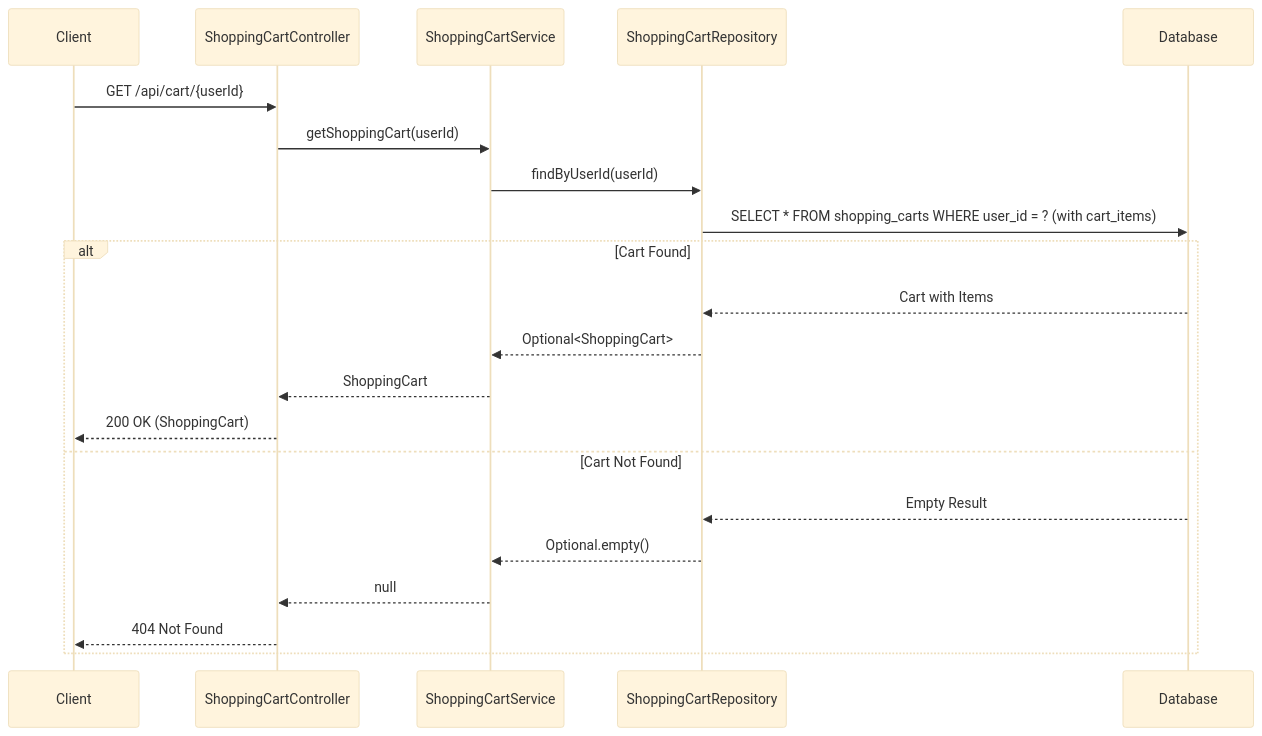
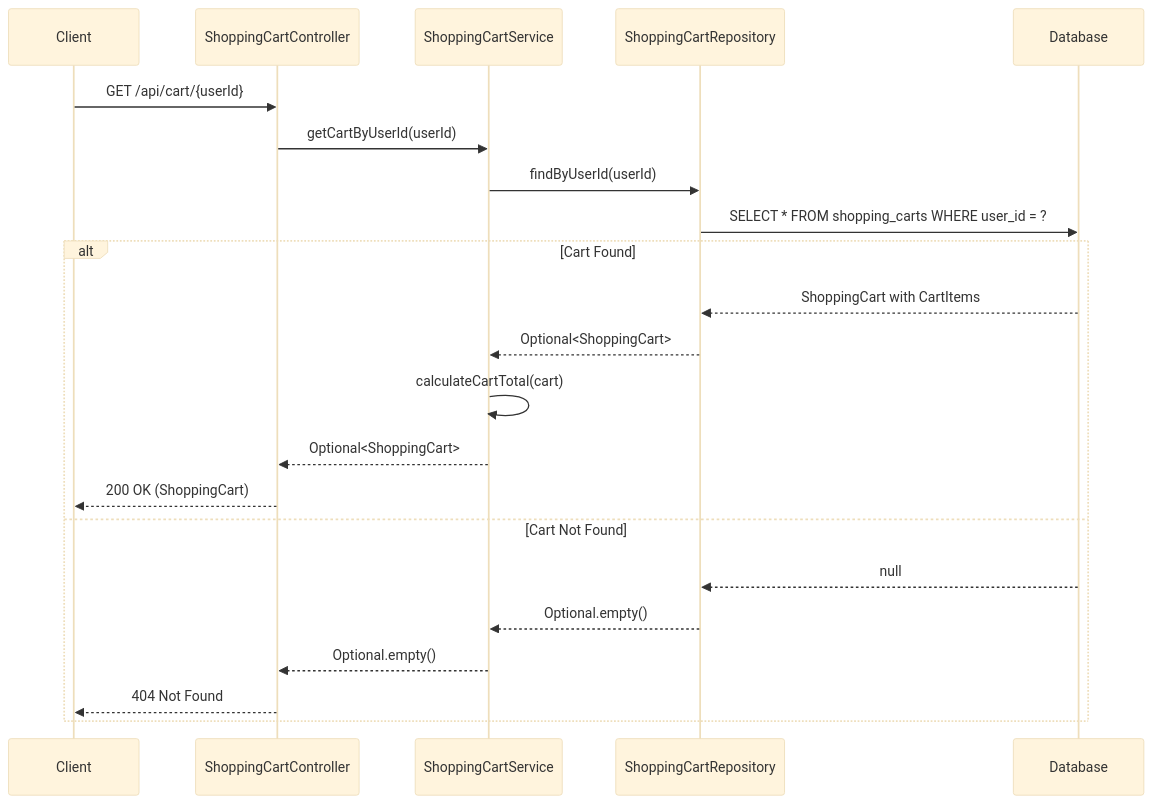
One commit to NavneetBN47/aava-ecom-demo changed diagram 11 of 13 in docs/LLD/modified_lld.md. Above: the diagram before and after it, drawn with Mermaid (base theme). The commit also changed other lines of this file, not shown here.

````diff
--- a/docs/LLD/modified_lld.md
+++ b/docs/LLD/modified_lld.md
@@ -406,25 +409,26 @@
 ```mermaid
 sequenceDiagram
     participant Client
     participant ShoppingCartController
     participant ShoppingCartService
     participant ShoppingCartRepository
     participant Database
 
     Client->>ShoppingCartController: GET /api/cart/{userId}
-    ShoppingCartController->>ShoppingCartService: getShoppingCart(userId)
+    ShoppingCartController->>ShoppingCartService: getCartByUserId(userId)
     ShoppingCartService->>ShoppingCartRepository: findByUserId(userId)
-    ShoppingCartRepository->>Database: SELECT * FROM shopping_carts WHERE user_id = ? (with cart_items)
+    ShoppingCartRepository->>Database: SELECT * FROM shopping_carts WHERE user_id = ?
     
     alt Cart Found
-        Database-->>ShoppingCartRepository: Cart with Items
+        Database-->>ShoppingCartRepository: ShoppingCart with CartItems
         ShoppingCartRepository-->>ShoppingCartService: Optional<ShoppingCart>
-        ShoppingCartService-->>ShoppingCartController: ShoppingCart
+        ShoppingCartService->>ShoppingCartService: calculateCartTotal(cart)
+        ShoppingCartService-->>ShoppingCartController: Optional<ShoppingCart>
         ShoppingCartController-->>Client: 200 OK (ShoppingCart)
     else Cart Not Found
-        Database-->>ShoppingCartRepository: Empty Result
+        Database-->>ShoppingCartRepository: null
         ShoppingCartRepository-->>ShoppingCartService: Optional.empty()
-        ShoppingCartService-->>ShoppingCartController: null
+        ShoppingCartService-->>ShoppingCartController: Optional.empty()
         ShoppingCartController-->>Client: 404 Not Found
     end
 ```
````
